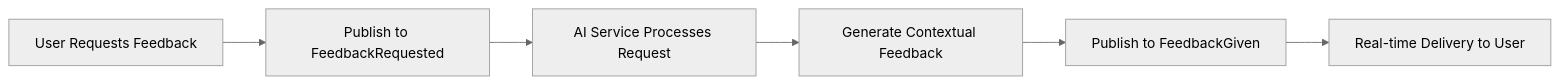
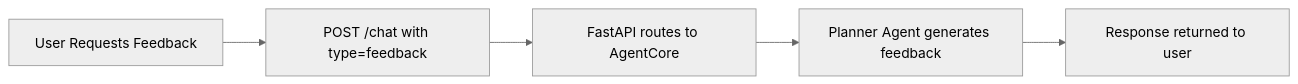
One commit to mohamedsorour1998/RosettaCloud changed the first of 6 diagrams in README.md. Above: the diagram before and after it, drawn with Mermaid (neutral theme). The commit also changed other lines of this file, not shown here.

````diff
--- a/README.md
+++ b/README.md
@@ -96,8 +95,7 @@
 ```mermaid
 graph LR
-    A[User Requests Feedback] --> B[Publish to FeedbackRequested]
-    B --> C[AI Service Processes Request]
-    C --> D[Generate Contextual Feedback]
-    D --> E[Publish to FeedbackGiven]
-    E --> F[Real-time Delivery to User]
+    A[User Requests Feedback] --> B[POST /chat with type=feedback]
+    B --> C[FastAPI routes to AgentCore]
+    C --> D[Planner Agent generates feedback]
+    D --> E[Response returned to user]
 ```
````
